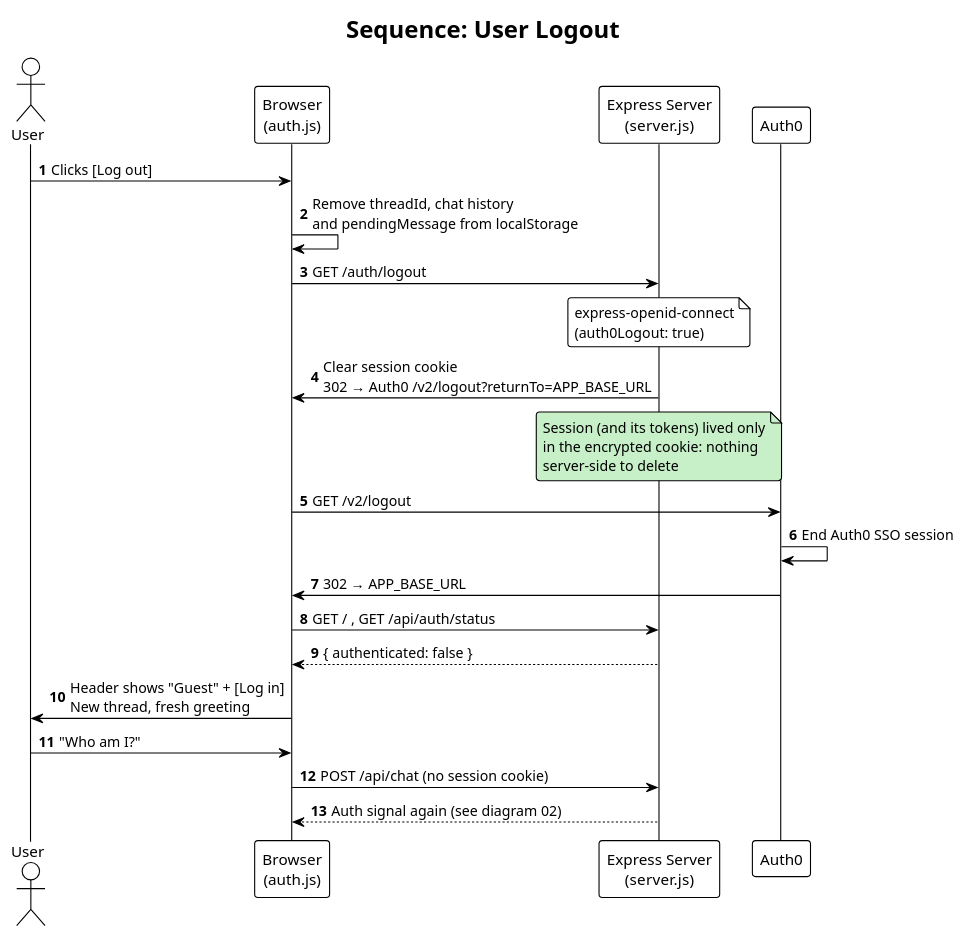
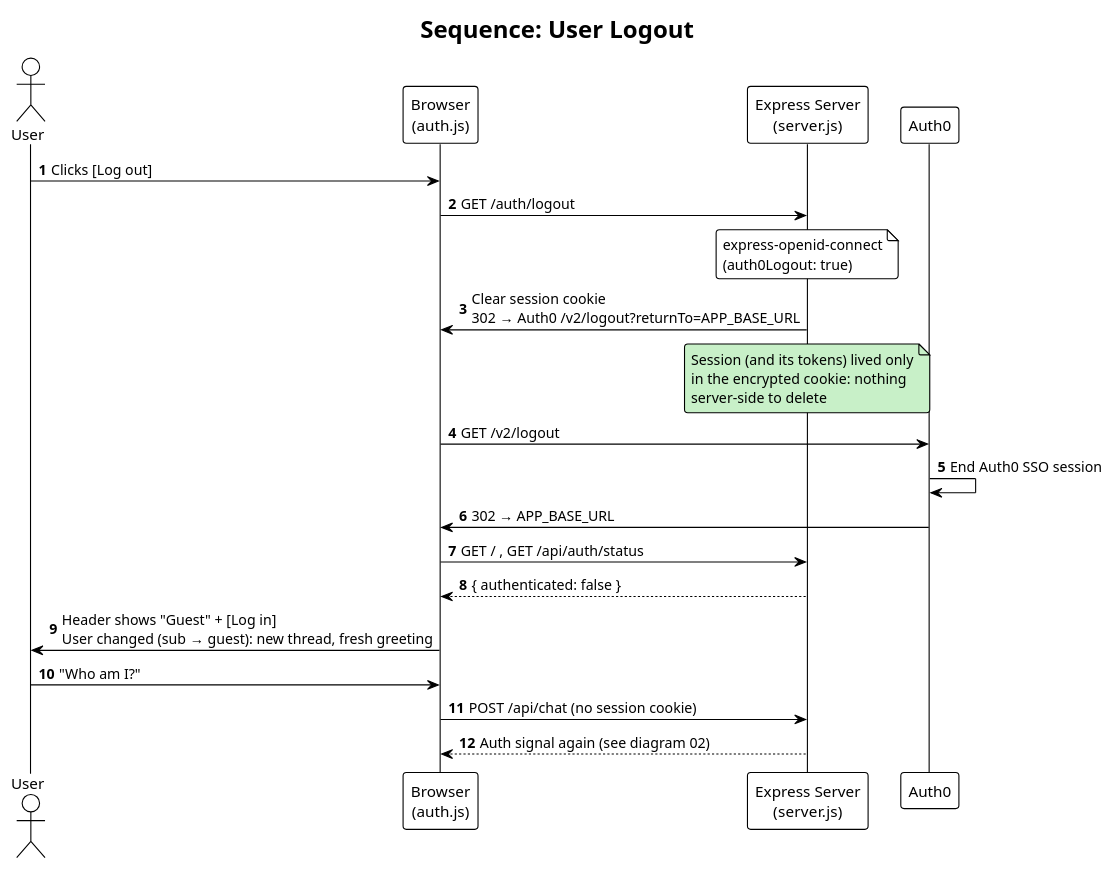
One commit to malotian/node-ai-assitant changed the diagram in docs/05_logout_session_revocation.puml. Above: the diagram before and after it, drawn with PlantUML. The commit also changed 13 other files, not shown here.

```diff
--- a/docs/05_logout_session_revocation.puml
+++ b/docs/05_logout_session_revocation.puml
@@ -1,43 +1,42 @@
 @startuml Logout_Session_Revocation
 !theme plain
 autonumber
 skinparam shadowing false
 skinparam roundcorner 6
 skinparam defaultFontName Arial
 skinparam lifelineStrategy solid
 
 title Sequence: User Logout
 
 actor User
 participant "Browser\n(auth.js)" as UI
 participant "Express Server\n(server.js)" as Server
 participant "Auth0" as Auth0
 
 User -> UI : Clicks [Log out]
-UI -> UI : Remove threadId, chat history\nand pendingMessage from localStorage
 UI -> Server : GET /auth/logout
 note over Server
   express-openid-connect
   (auth0Logout: true)
 end note
 
 Server -> UI : Clear session cookie\n302 → Auth0 /v2/logout?returnTo=APP_BASE_URL
 note over Server #c8f0c8
   Session (and its tokens) lived only
   in the encrypted cookie: nothing
   server-side to delete
 end note
 
 UI -> Auth0 : GET /v2/logout
 Auth0 -> Auth0 : End Auth0 SSO session
 Auth0 -> UI : 302 → APP_BASE_URL
 
 UI -> Server : GET / , GET /api/auth/status
 Server --> UI : { authenticated: false }
-UI -> User : Header shows "Guest" + [Log in]\nNew thread, fresh greeting
+UI -> User : Header shows "Guest" + [Log in]\nUser changed (sub → guest): new thread, fresh greeting
 
 User -> UI : "Who am I?"
 UI -> Server : POST /api/chat (no session cookie)
 Server --> UI : Auth signal again (see diagram 02)
 
 @enduml
```
